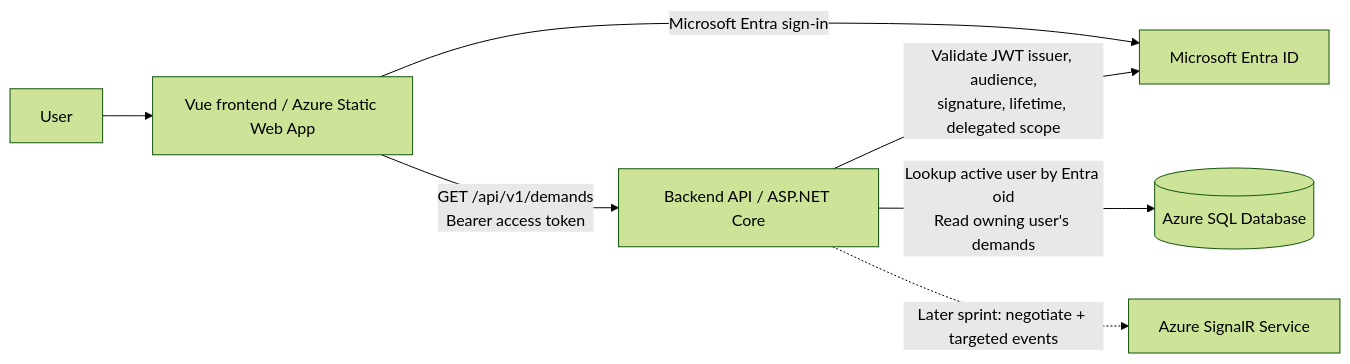
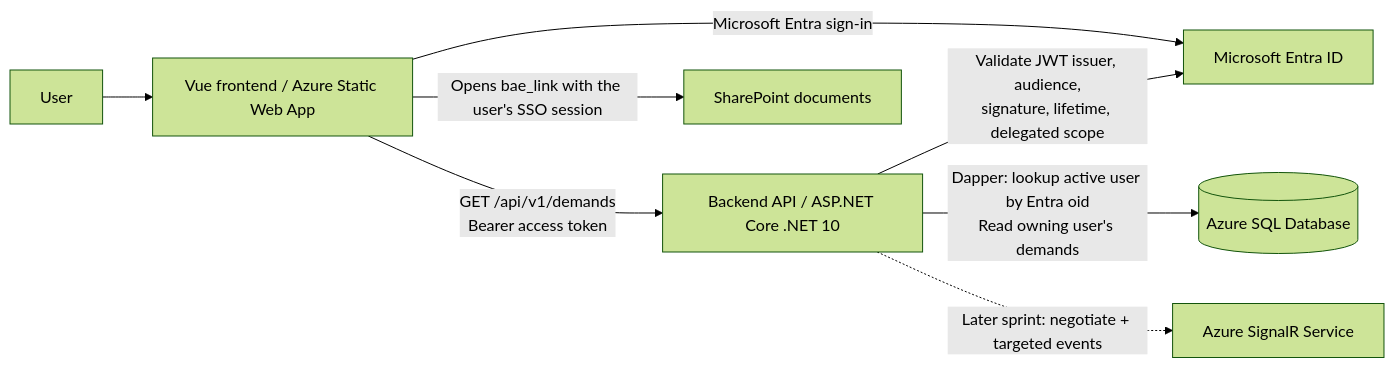
Before and after one commit to alex-talan/klesia-api: the first of 2 diagrams in docs/specs/SPECIFICATIONS.md, drawn with Mermaid (forest theme). The commit also changed other lines of this file and 95 other files, not shown here.

````diff
--- a/docs/specs/SPECIFICATIONS.md
+++ b/docs/specs/SPECIFICATIONS.md
@@ -58,9 +64,10 @@
 ```mermaid
 flowchart LR
     U[User] --> FE[Vue frontend / Azure Static Web App]
     FE -->|Microsoft Entra sign-in| ENTRA[Microsoft Entra ID]
-    FE -->|GET /api/v1/demands\nBearer access token| API[Backend API / ASP.NET Core]
+    FE -->|GET /api/v1/demands\nBearer access token| API[Backend API / ASP.NET Core .NET 10]
     API -->|Validate JWT issuer, audience,\nsignature, lifetime, delegated scope| ENTRA
-    API -->|Lookup active user by Entra oid\nRead owning user's demands| SQL[(Azure SQL Database)]
+    API -->|Dapper: lookup active user by Entra oid\nRead owning user's demands| SQL[(Azure SQL Database)]
+    FE -->|Opens bae_link with the user's SSO session| SP[SharePoint documents]
     API -.->|Later sprint: negotiate + targeted events| SR[Azure SignalR Service]
 ```
````
